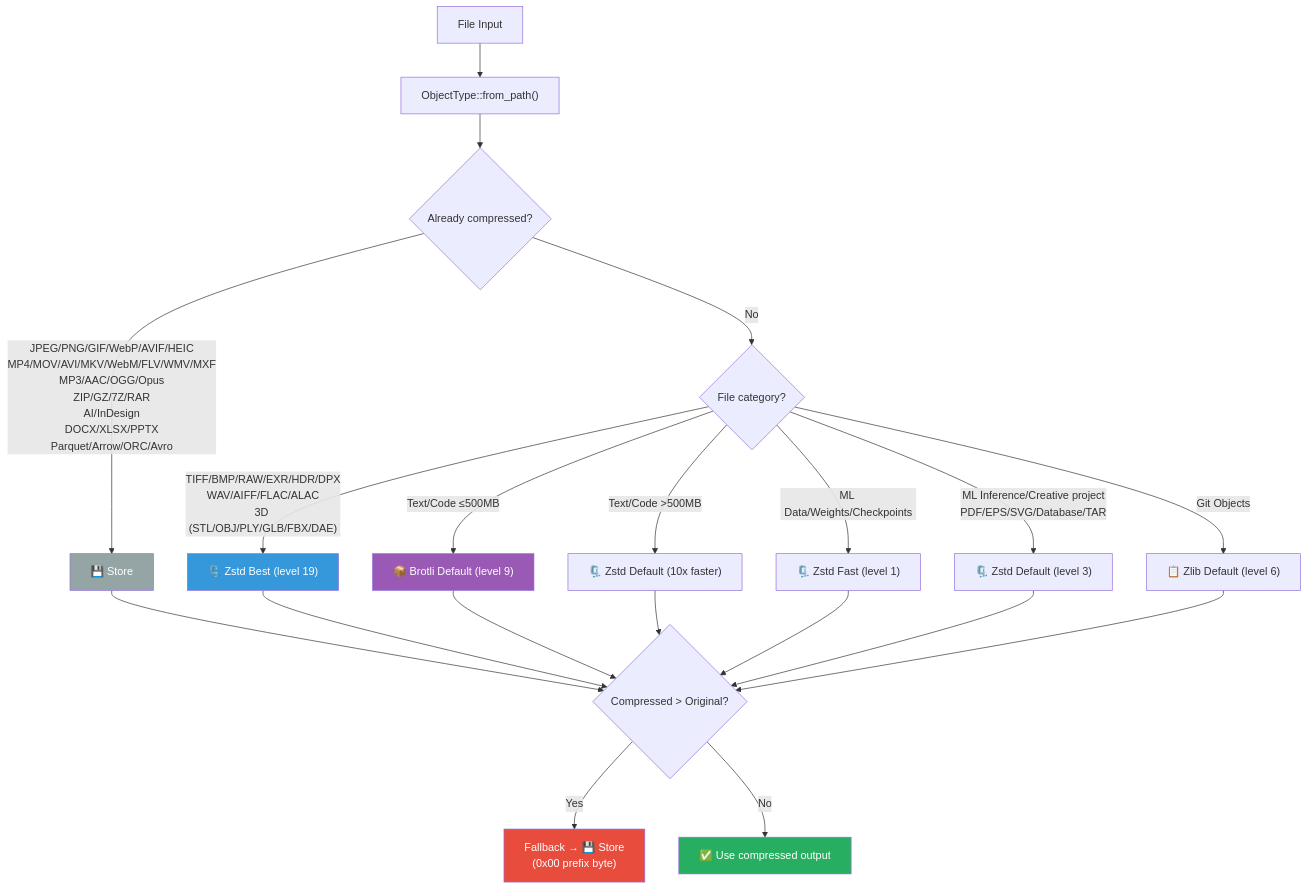
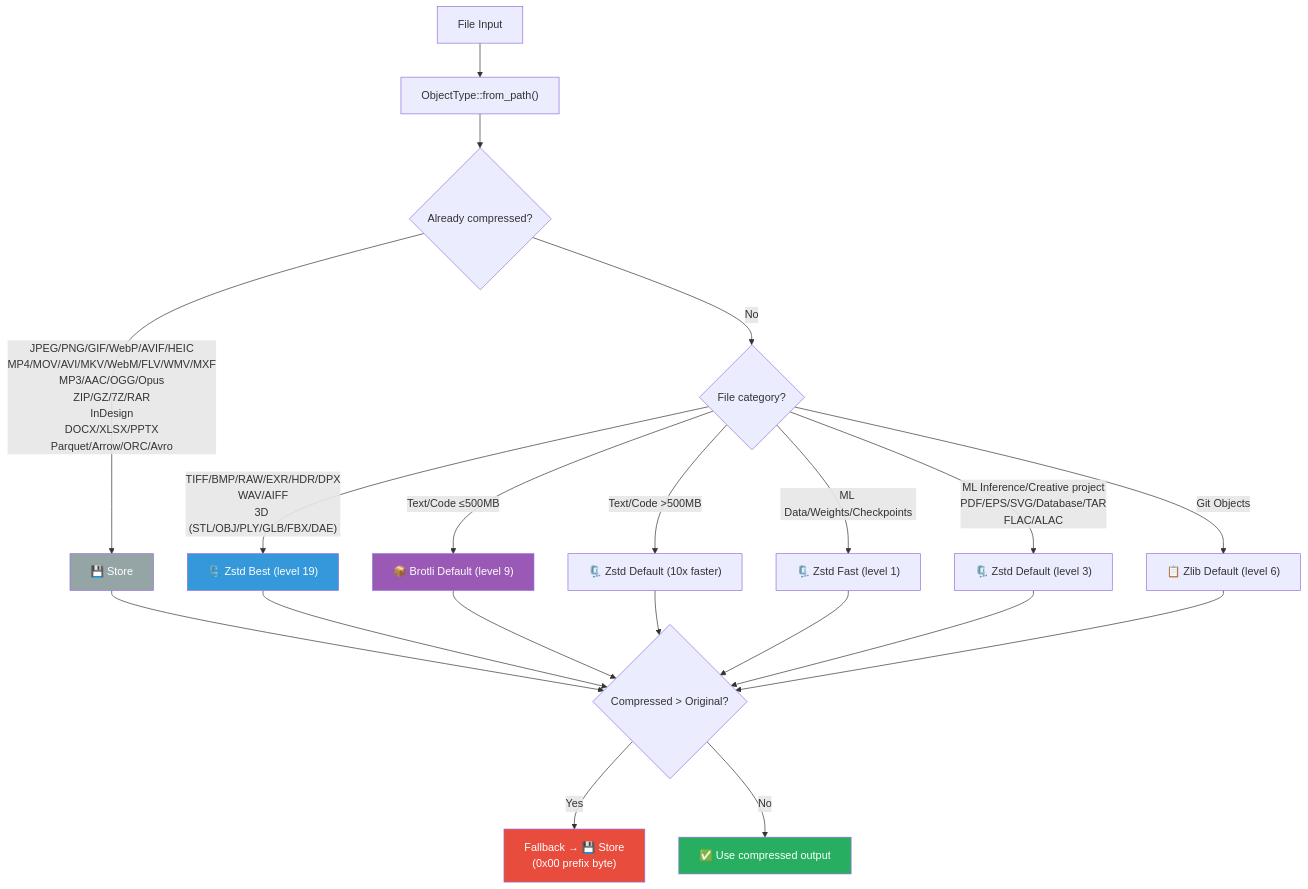
The first of 3 diagrams in SUPPORTED_FORMATS.md (winnyboy5/mediagit-core), drawn with Mermaid before and after one commit. The commit also changed other lines of this file and 21 other files, not shown here.

````diff
--- a/SUPPORTED_FORMATS.md
+++ b/SUPPORTED_FORMATS.md
@@ -26,29 +26,29 @@
 ```mermaid
 graph TD
     A["File Input"] --> B["ObjectType::from_path()"]
     B --> C{"Already compressed?"}
-    C -->|"JPEG/PNG/GIF/WebP/AVIF/HEIC<br/>MP4/MOV/AVI/MKV/WebM/FLV/WMV/MXF<br/>MP3/AAC/OGG/Opus<br/>ZIP/GZ/7Z/RAR<br/>AI/InDesign<br/>DOCX/XLSX/PPTX<br/>Parquet/Arrow/ORC/Avro"| D["💾 Store"]
+    C -->|"JPEG/PNG/GIF/WebP/AVIF/HEIC<br/>MP4/MOV/AVI/MKV/WebM/FLV/WMV/MXF<br/>MP3/AAC/OGG/Opus<br/>ZIP/GZ/7Z/RAR<br/>InDesign<br/>DOCX/XLSX/PPTX<br/>Parquet/Arrow/ORC/Avro"| D["💾 Store"]
     C -->|No| E{"File category?"}
-    E -->|"TIFF/BMP/RAW/EXR/HDR/DPX<br/>WAV/AIFF/FLAC/ALAC<br/>3D (STL/OBJ/PLY/GLB/FBX/DAE)"| F["🗜️ Zstd Best (level 19)"]
+    E -->|"TIFF/BMP/RAW/EXR/HDR/DPX<br/>WAV/AIFF<br/>3D (STL/OBJ/PLY/GLB/FBX/DAE)"| F["🗜️ Zstd Best (level 19)"]
     E -->|"Text/Code ≤500MB"| G["📦 Brotli Default (level 9)"]
     E -->|"Text/Code >500MB"| H["🗜️ Zstd Default (10x faster)"]
     E -->|"ML Data/Weights/Checkpoints"| I["🗜️ Zstd Fast (level 1)"]
-    E -->|"ML Inference/Creative project<br/>PDF/EPS/SVG/Database/TAR"| J["🗜️ Zstd Default (level 3)"]
+    E -->|"ML Inference/Creative project<br/>PDF/EPS/SVG/Database/TAR<br/>FLAC/ALAC"| J["🗜️ Zstd Default (level 3)"]
     E -->|"Git Objects"| K["📋 Zlib Default (level 6)"]
 
     D --> L{"Compressed > Original?"}
     F --> L
     G --> L
     H --> L
     I --> L
     J --> L
     K --> L
     L -->|Yes| M["Fallback → 💾 Store<br/>(0x00 prefix byte)"]
     L -->|No| N["✅ Use compressed output"]
 
     style D fill:#95a5a6,color:#fff
     style F fill:#3498db,color:#fff
     style G fill:#9b59b6,color:#fff
     style M fill:#e74c3c,color:#fff
     style N fill:#27AE60,color:#fff
 ```
````
